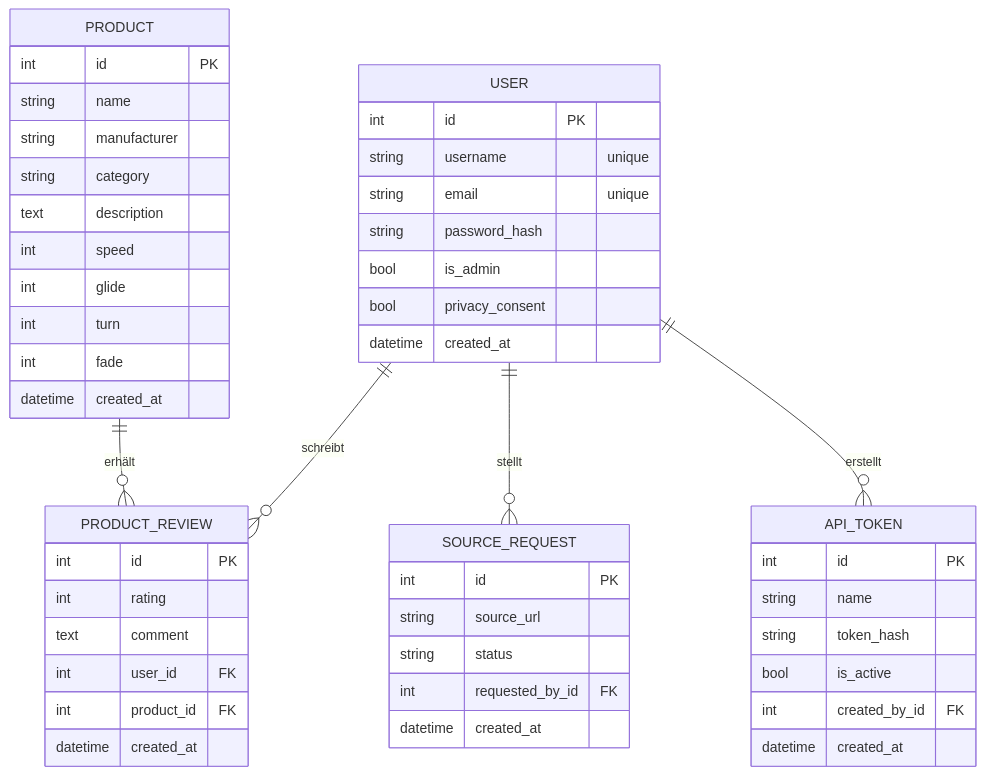
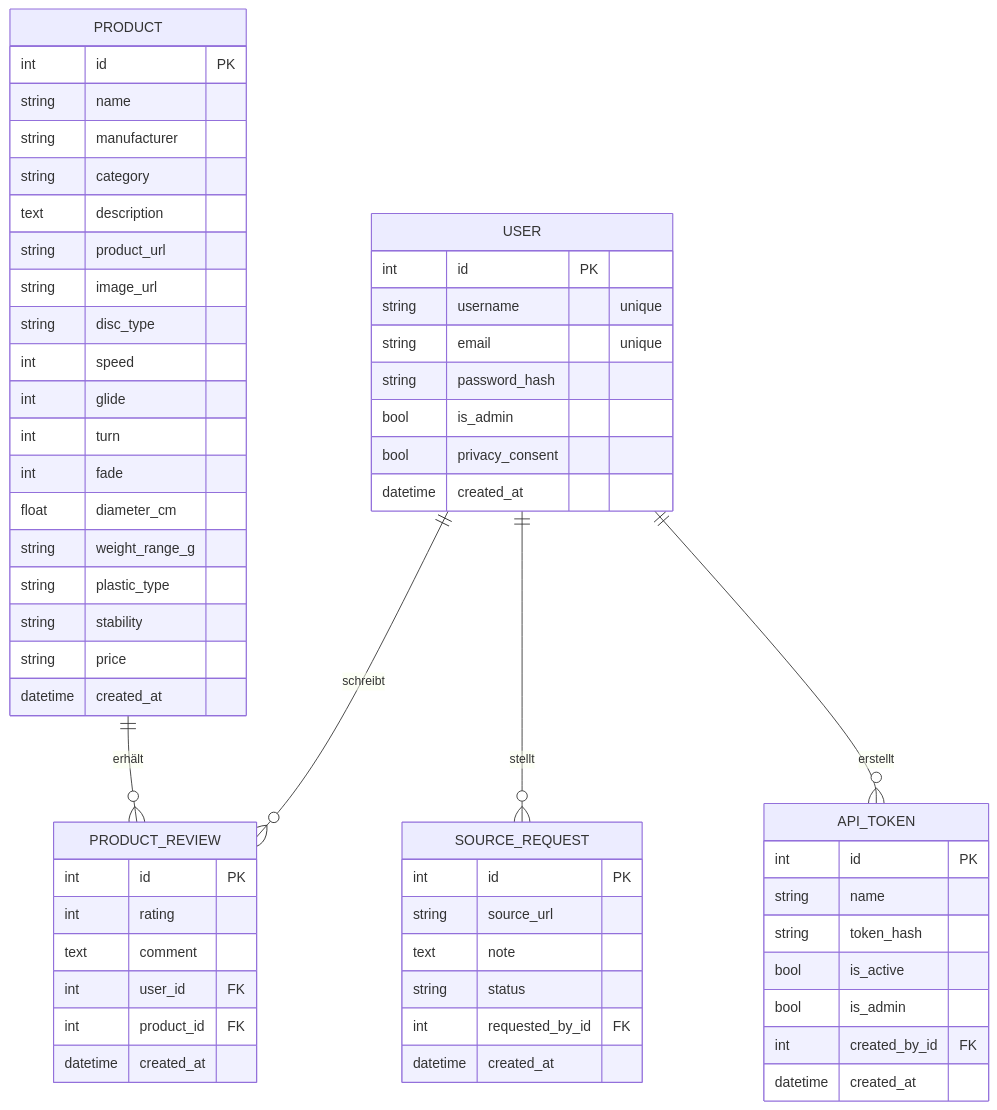
Before and after one commit to harpf/FlightDeck-DG-Hub: the first of 4 diagrams in docs/PRAXISARBEIT.md, drawn with Mermaid. The commit also changed other lines of this file and 1 other file, not shown here.

First line of the commit message:
docs: update Lösungsdokument + architecture for current feature set

````diff
--- a/docs/PRAXISARBEIT.md
+++ b/docs/PRAXISARBEIT.md
@@ -127,52 +163,62 @@
 ```mermaid
 erDiagram
     USER ||--o{ PRODUCT_REVIEW : "schreibt"
     USER ||--o{ SOURCE_REQUEST : "stellt"
     USER ||--o{ API_TOKEN : "erstellt"
     PRODUCT ||--o{ PRODUCT_REVIEW : "erhält"
 
     USER {
         int id PK
         string username "unique"
         string email "unique"
         string password_hash
         bool is_admin
         bool privacy_consent
         datetime created_at
     }
     PRODUCT {
         int id PK
         string name
         string manufacturer
         string category
         text description
+        string product_url
+        string image_url
+        string disc_type
         int speed
         int glide
         int turn
         int fade
+        float diameter_cm
+        string weight_range_g
+        string plastic_type
+        string stability
+        string price
         datetime created_at
     }
     PRODUCT_REVIEW {
         int id PK
         int rating
         text comment
         int user_id FK
         int product_id FK
         datetime created_at
     }
     SOURCE_REQUEST {
         int id PK
         string source_url
+        text note
         string status
         int requested_by_id FK
         datetime created_at
     }
     API_TOKEN {
         int id PK
         string name
         string token_hash
         bool is_active
+        bool is_admin
         int created_by_id FK
         datetime created_at
     }
 ```
````
